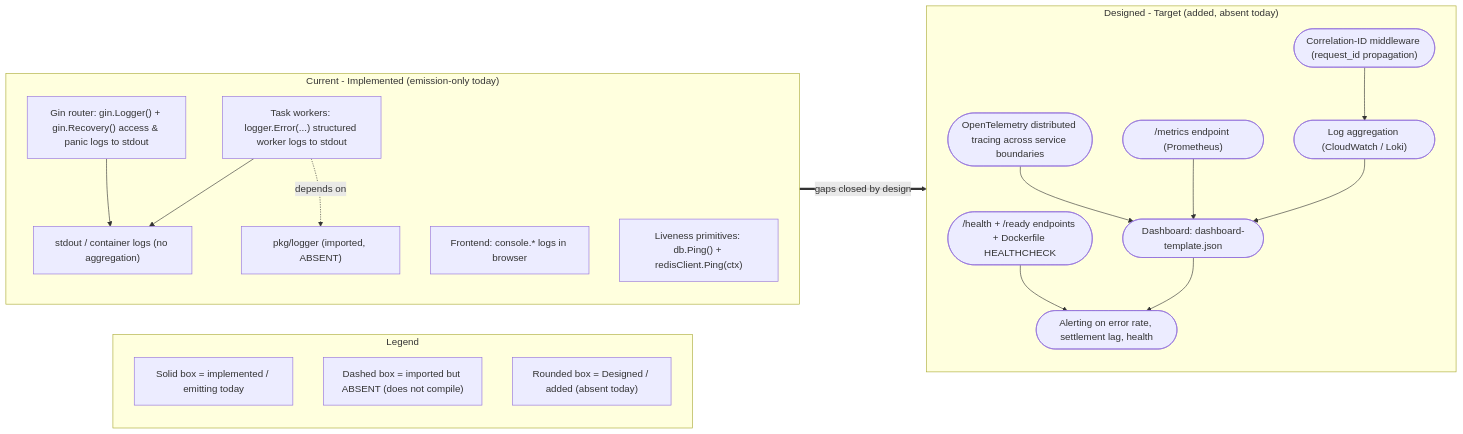
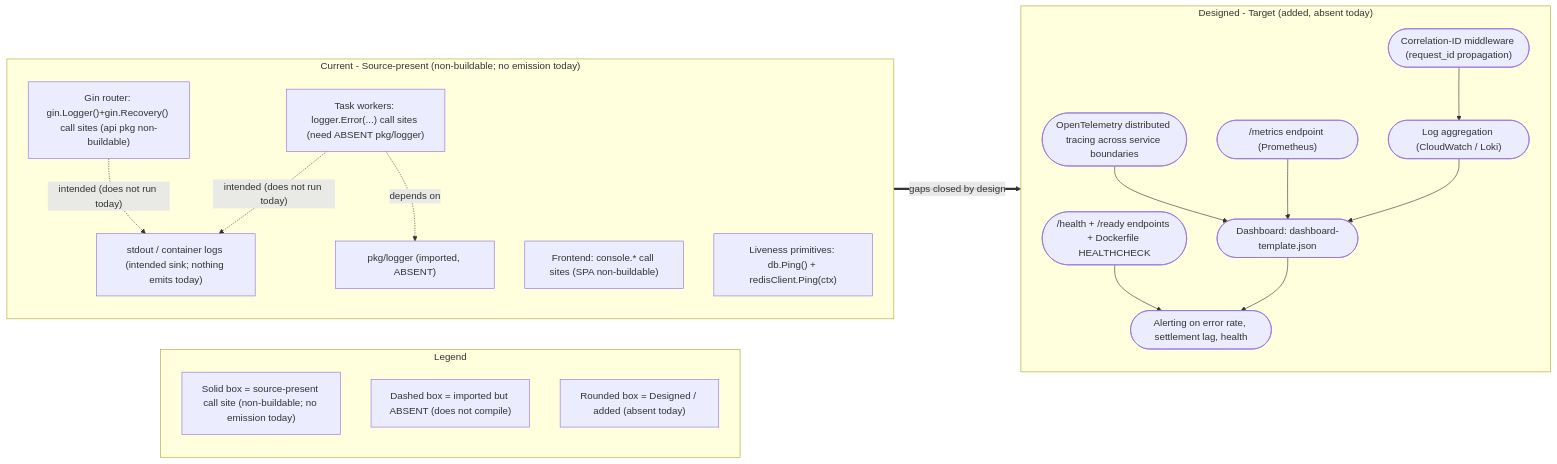
Before and after one commit to blitzy-public-samples/blockchain-integration-6edhrq: the diagram in docs/operations/observability.md, drawn with Mermaid. The commit also changed other lines of this file and 27 other files, not shown here.

````diff
--- a/docs/operations/observability.md
+++ b/docs/operations/observability.md
@@ -13,39 +13,40 @@
 ```mermaid
 flowchart LR
     subgraph Legend_O1["Legend"]
-        LG1["Solid box = implemented / emitting today"]
+        LG1["Solid box = source-present call site (non-buildable; no emission today)"]
         LG2["Dashed box = imported but ABSENT (does not compile)"]
         LG3["Rounded box = Designed / added (absent today)"]
     end
 
-    subgraph Current["Current - Implemented (emission-only today)"]
+    subgraph Current["Current - Source-present (non-buildable; no emission today)"]
         direction TB
-        C_API["Gin router: gin.Logger() + gin.Recovery() access & panic logs to stdout"]
-        C_WORK["Task workers: logger.Error(...) structured worker logs to stdout"]
-        C_FE["Frontend: console.* logs in browser"]
+        C_API["Gin router: gin.Logger()+gin.Recovery() call sites (api pkg non-buildable)"]
+        C_WORK["Task workers: logger.Error(...) call sites (need ABSENT pkg/logger)"]
+        C_FE["Frontend: console.* call sites (SPA non-buildable)"]
         C_PING["Liveness primitives: db.Ping() + redisClient.Ping(ctx)"]
         C_LOGGER["pkg/logger (imported, ABSENT)"]
-        C_API --> C_STDOUT["stdout / container logs (no aggregation)"]
-        C_WORK --> C_STDOUT
+        C_STDOUT["stdout / container logs (intended sink; nothing emits today)"]
+        C_API -.->|"intended (does not run today)"| C_STDOUT
+        C_WORK -.->|"intended (does not run today)"| C_STDOUT
         C_WORK -.->|"depends on"| C_LOGGER
     end
 
     subgraph Designed["Designed - Target (added, absent today)"]
         direction TB
         D_MW(["Correlation-ID middleware (request_id propagation)"])
         D_TRACE(["OpenTelemetry distributed tracing across service boundaries"])
         D_METRICS(["/metrics endpoint (Prometheus)"])
         D_HEALTH(["/health + /ready endpoints + Dockerfile HEALTHCHECK"])
         D_AGG(["Log aggregation (CloudWatch / Loki)"])
         D_ALERT(["Alerting on error rate, settlement lag, health"])
         D_DASH(["Dashboard: dashboard-template.json"])
         D_MW --> D_AGG
         D_TRACE --> D_DASH
         D_METRICS --> D_DASH
         D_HEALTH --> D_ALERT
         D_AGG --> D_DASH
         D_DASH --> D_ALERT
     end
 
     Current ==>|"gaps closed by design"| Designed
 ```
````
